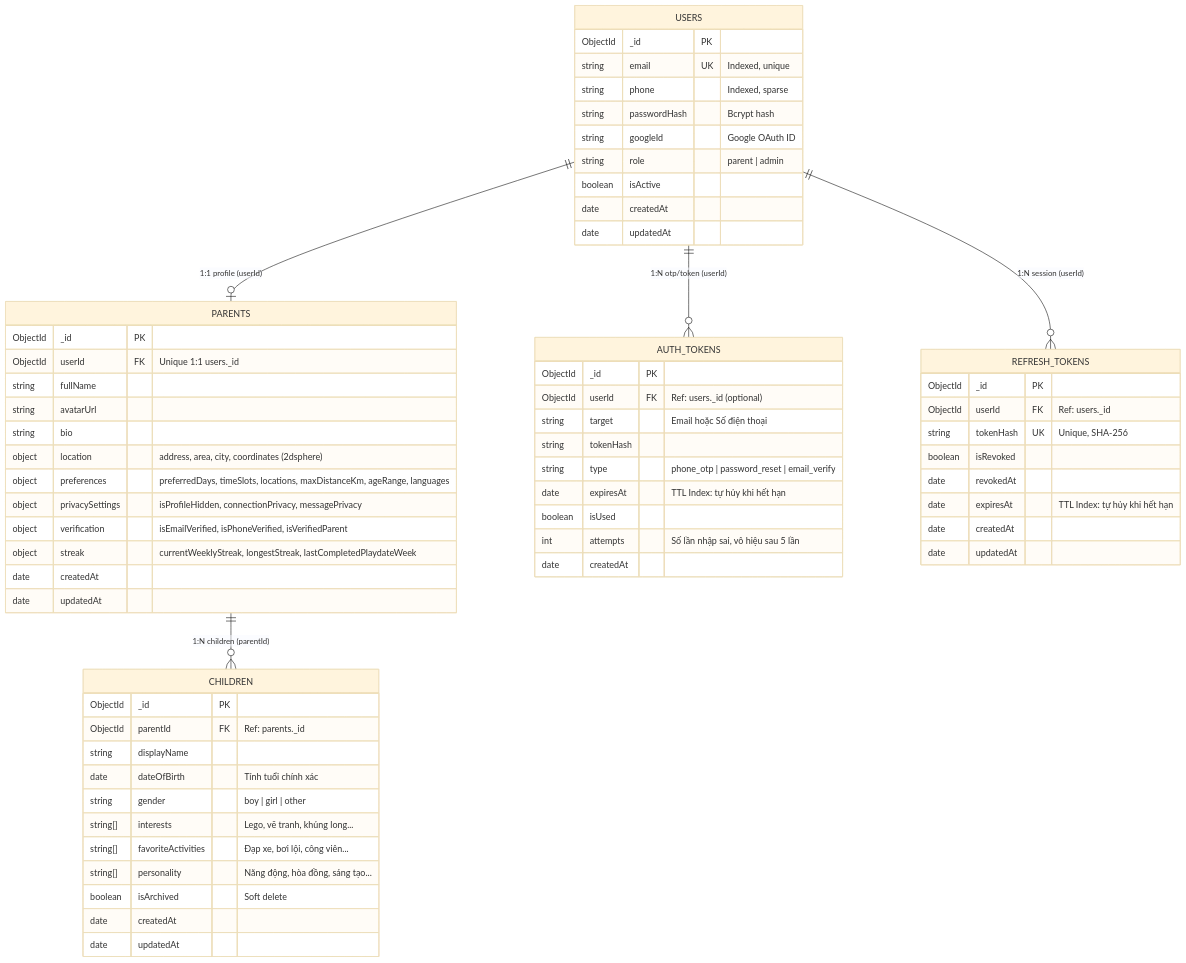
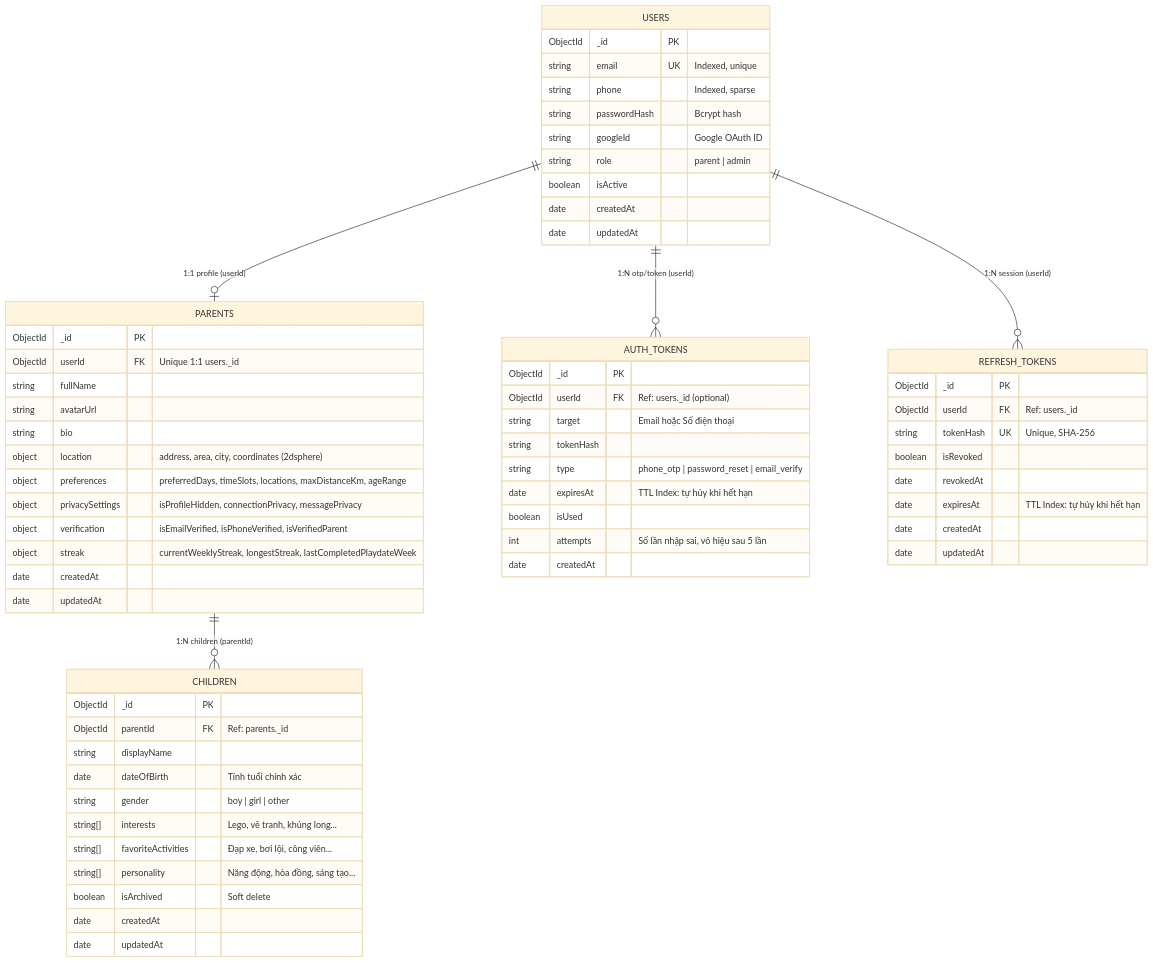
One commit to BuddyLink-Team/Back-End changed the second of 8 diagrams in docs/DATABASE_SCHEMA.md. Above: the diagram before and after it, drawn with Mermaid (base theme). The commit also changed other lines of this file and 9 other files, not shown here.

````diff
--- a/docs/DATABASE_SCHEMA.md
+++ b/docs/DATABASE_SCHEMA.md
@@ -118,71 +118,71 @@
 ```mermaid
 erDiagram
     USERS ||--o| PARENTS : "1:1 profile (userId)"
     USERS ||--o{ AUTH_TOKENS : "1:N otp/token (userId)"
     USERS ||--o{ REFRESH_TOKENS : "1:N session (userId)"
     PARENTS ||--o{ CHILDREN : "1:N children (parentId)"
 
     USERS {
         ObjectId _id PK
         string email UK "Indexed, unique"
         string phone "Indexed, sparse"
         string passwordHash "Bcrypt hash"
         string googleId "Google OAuth ID"
         string role "parent | admin"
         boolean isActive
         date createdAt
         date updatedAt
     }
 
     PARENTS {
         ObjectId _id PK
         ObjectId userId FK "Unique 1:1 users._id"
         string fullName
         string avatarUrl
         string bio
         object location "address, area, city, coordinates (2dsphere)"
-        object preferences "preferredDays, timeSlots, locations, maxDistanceKm, ageRange, languages"
+        object preferences "preferredDays, timeSlots, locations, maxDistanceKm, ageRange"
         object privacySettings "isProfileHidden, connectionPrivacy, messagePrivacy"
         object verification "isEmailVerified, isPhoneVerified, isVerifiedParent"
         object streak "currentWeeklyStreak, longestStreak, lastCompletedPlaydateWeek"
         date createdAt
         date updatedAt
     }
 
     CHILDREN {
         ObjectId _id PK
         ObjectId parentId FK "Ref: parents._id"
         string displayName
         date dateOfBirth "Tính tuổi chính xác"
         string gender "boy | girl | other"
         string[] interests "Lego, vẽ tranh, khủng long..."
         string[] favoriteActivities "Đạp xe, bơi lội, công viên..."
         string[] personality "Năng động, hòa đồng, sáng tạo..."
         boolean isArchived "Soft delete"
         date createdAt
         date updatedAt
     }
 
     AUTH_TOKENS {
         ObjectId _id PK
         ObjectId userId FK "Ref: users._id (optional)"
         string target "Email hoặc Số điện thoại"
         string tokenHash
         string type "phone_otp | password_reset | email_verify"
         date expiresAt "TTL Index: tự hủy khi hết hạn"
         boolean isUsed
         int attempts "Số lần nhập sai, vô hiệu sau 5 lần"
         date createdAt
     }
 
     REFRESH_TOKENS {
         ObjectId _id PK
         ObjectId userId FK "Ref: users._id"
         string tokenHash UK "Unique, SHA-256"
         boolean isRevoked
         date revokedAt
         date expiresAt "TTL Index: tự hủy khi hết hạn"
         date createdAt
         date updatedAt
     }
 ```
````
